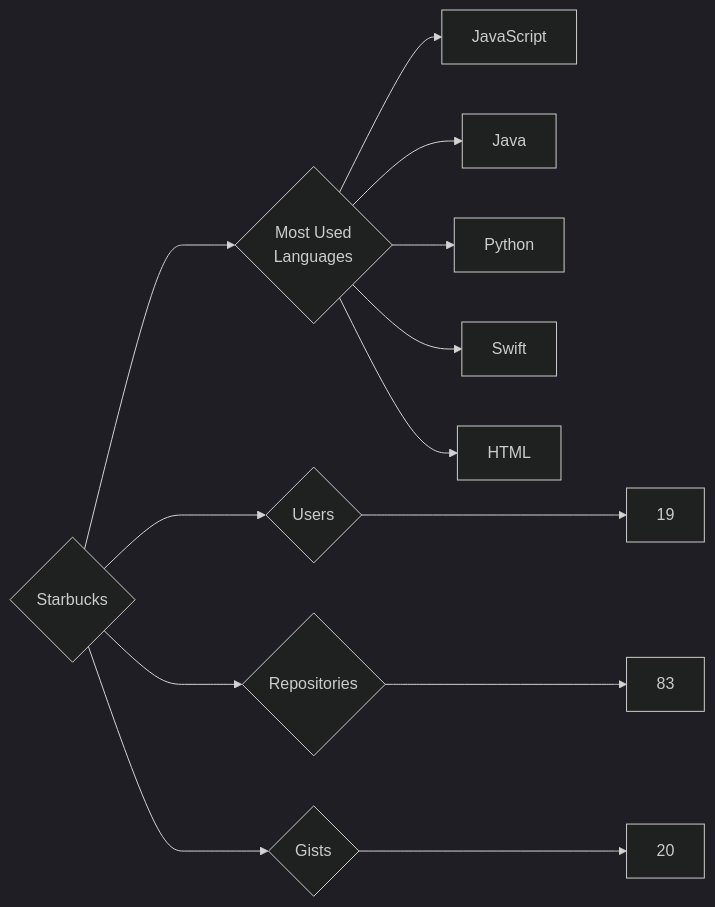
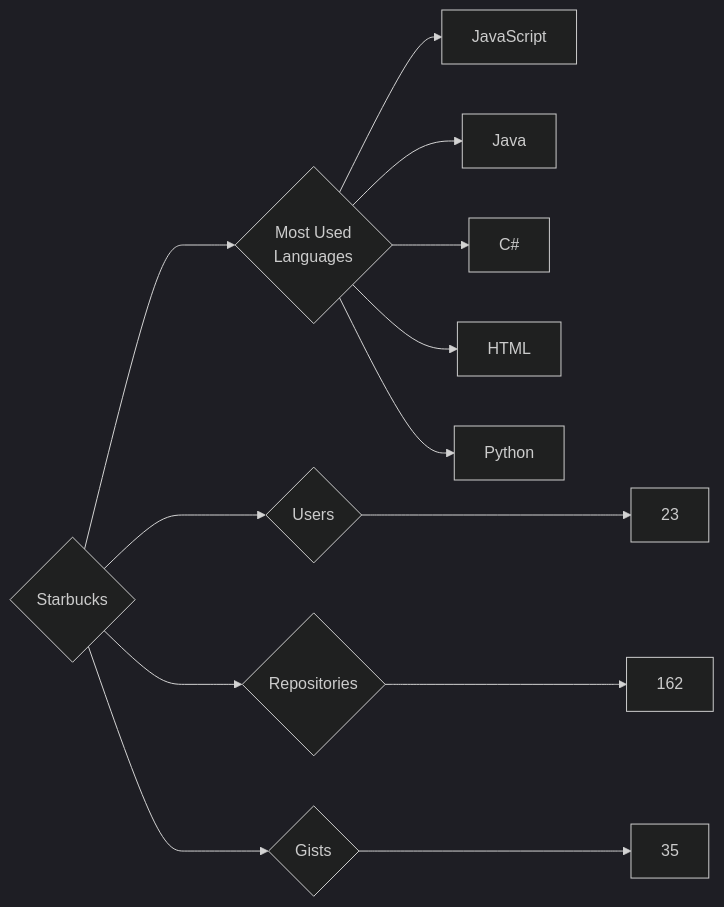
Before and after one commit to trickest/insiders: the diagram in targets/Starbucks/README.md, drawn with Mermaid (dark theme). The commit also changed 928 other files, not shown here.

````diff
--- a/targets/Starbucks/README.md
+++ b/targets/Starbucks/README.md
@@ -3,13 +3,13 @@
 ```mermaid
 graph LR
 COMPANY_NAME{Starbucks}
-COMPANY_NAME ---> U{Users} ---> UN[19]
-COMPANY_NAME ---> R{Repositories} ---> RN[83]
-COMPANY_NAME ---> G{Gists} ---> GN[20]
+COMPANY_NAME ---> U{Users} ---> UN[23]
+COMPANY_NAME ---> R{Repositories} ---> RN[162]
+COMPANY_NAME ---> G{Gists} ---> GN[35]
 COMPANY_NAME ---> ML{Most Used<br>Languages}
 ML --> JavaScript[JavaScript]
 ML --> Java[Java]
+ML --> C#[C#]
+ML --> HTML[HTML]
 ML --> Python[Python]
-ML --> Swift[Swift]
-ML --> HTML[HTML]
 ```
````
